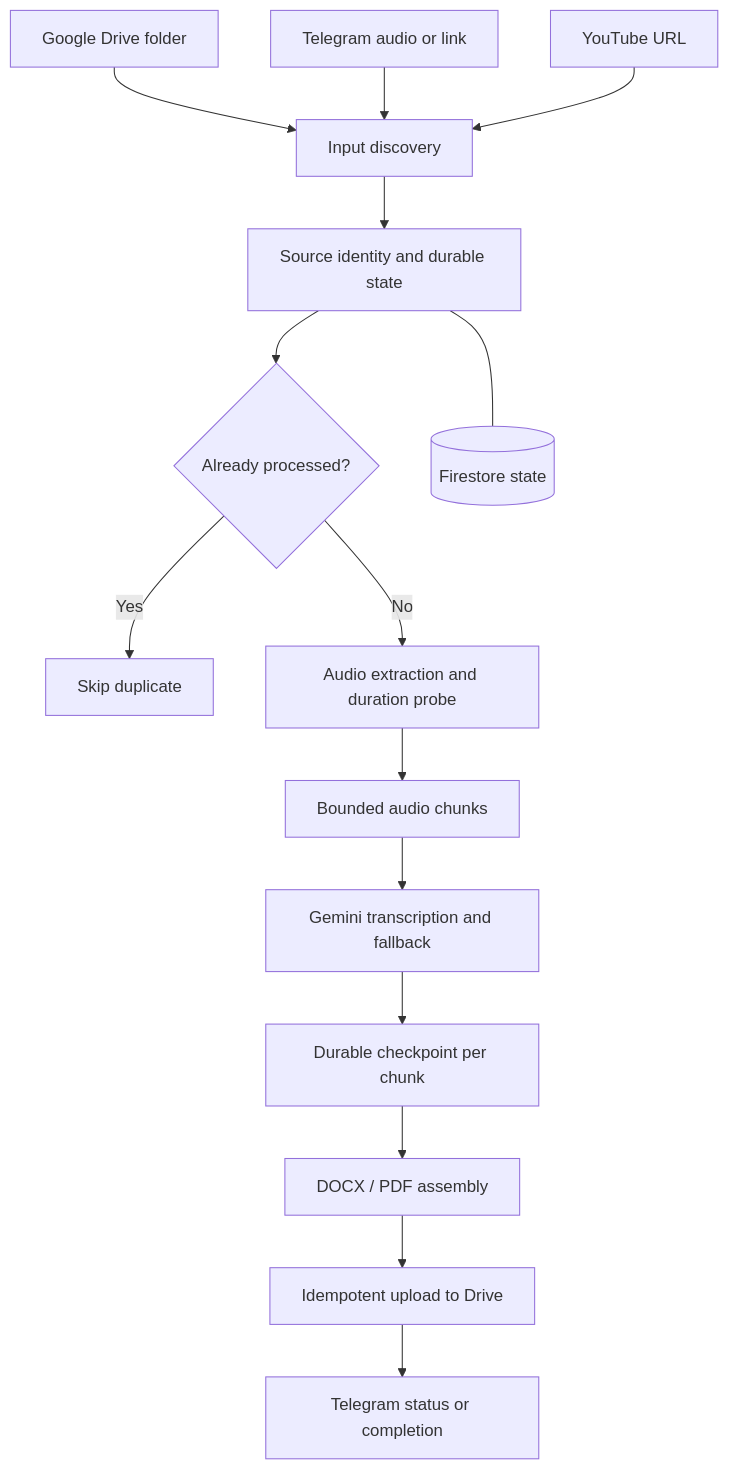
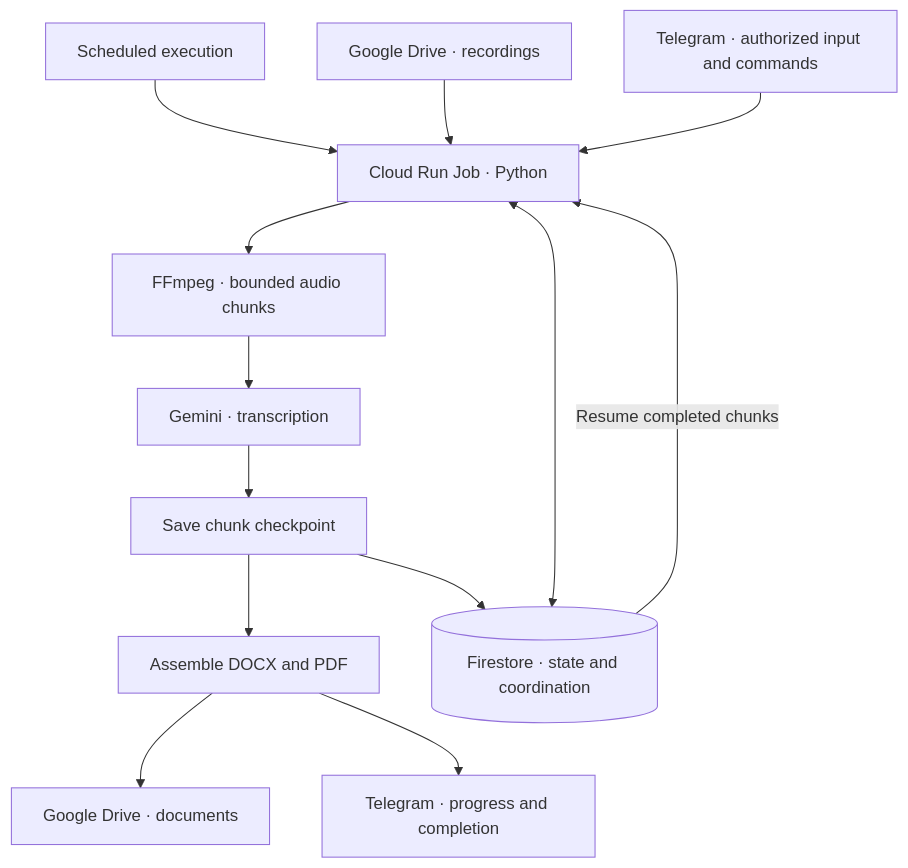
Before and after one commit to seba-godoy/cloud-ai-transcriber: the diagram in README.md, drawn with Mermaid. The commit also changed other lines of this file and 3 other files, not shown here.

````diff
--- a/README.md
+++ b/README.md
@@ -15,17 +20,15 @@
 ```mermaid
 flowchart TD
-    A[Google Drive folder] --> D[Input discovery]
-    B[Telegram audio or link] --> D
-    C[YouTube URL] --> D
-    D --> E[Source identity and durable state]
-    E --> F{Already processed?}
-    F -->|Yes| G[Skip duplicate]
-    F -->|No| H[Audio extraction and duration probe]
-    H --> I[Bounded audio chunks]
-    I --> J[Gemini transcription and fallback]
-    J --> K[Durable checkpoint per chunk]
-    K --> L[DOCX / PDF assembly]
-    L --> M[Idempotent upload to Drive]
-    M --> N[Telegram status or completion]
-    E --- O[(Firestore state)]
+    S["Scheduled execution"] --> R["Cloud Run Job · Python"]
+    D["Google Drive · recordings"] --> R
+    T["Telegram · authorized input and commands"] --> R
+    R --> A["FFmpeg · bounded audio chunks"]
+    A --> G["Gemini · transcription"]
+    G --> C["Save chunk checkpoint"]
+    C --> P["Assemble DOCX and PDF"]
+    P --> O["Google Drive · documents"]
+    P --> N["Telegram · progress and completion"]
+    R <--> F[("Firestore · state and coordination")]
+    C --> F
+    F -->|Resume completed chunks| R
 ```
````
